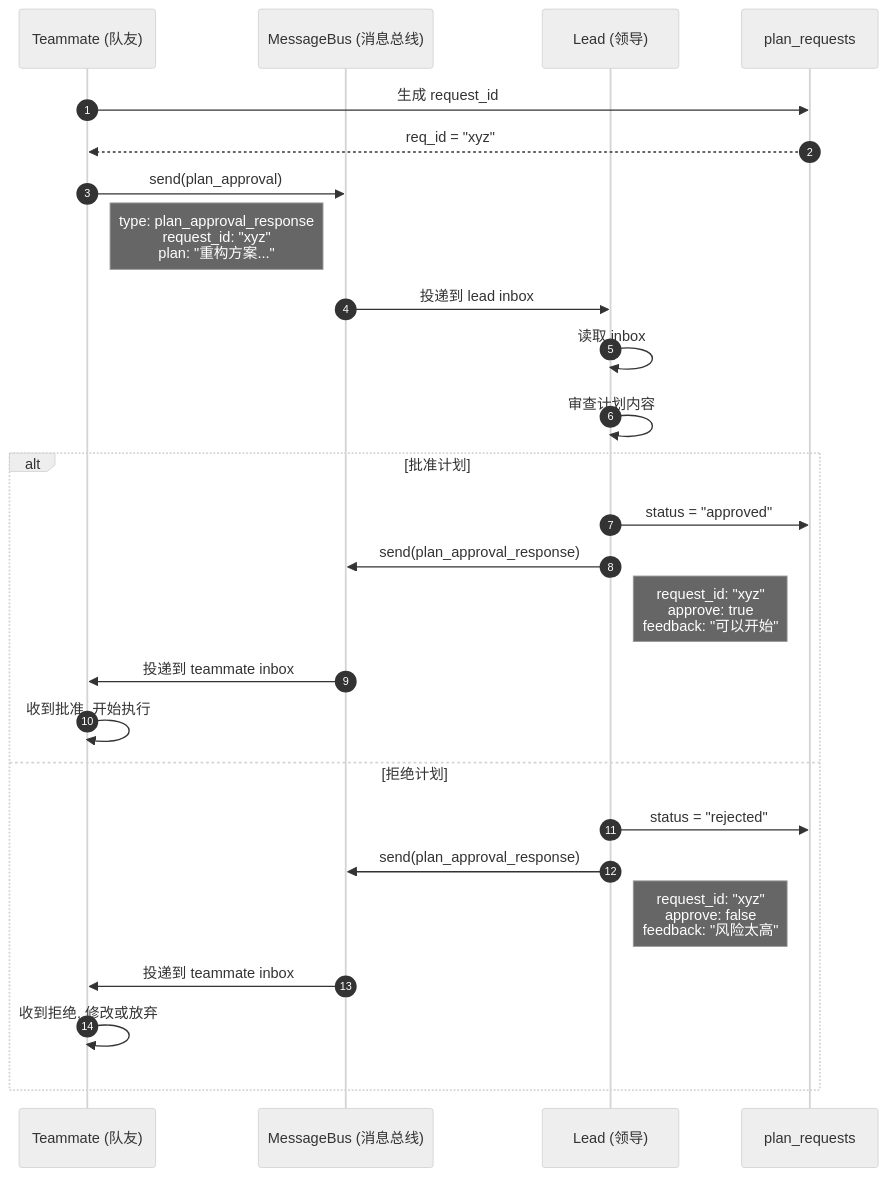
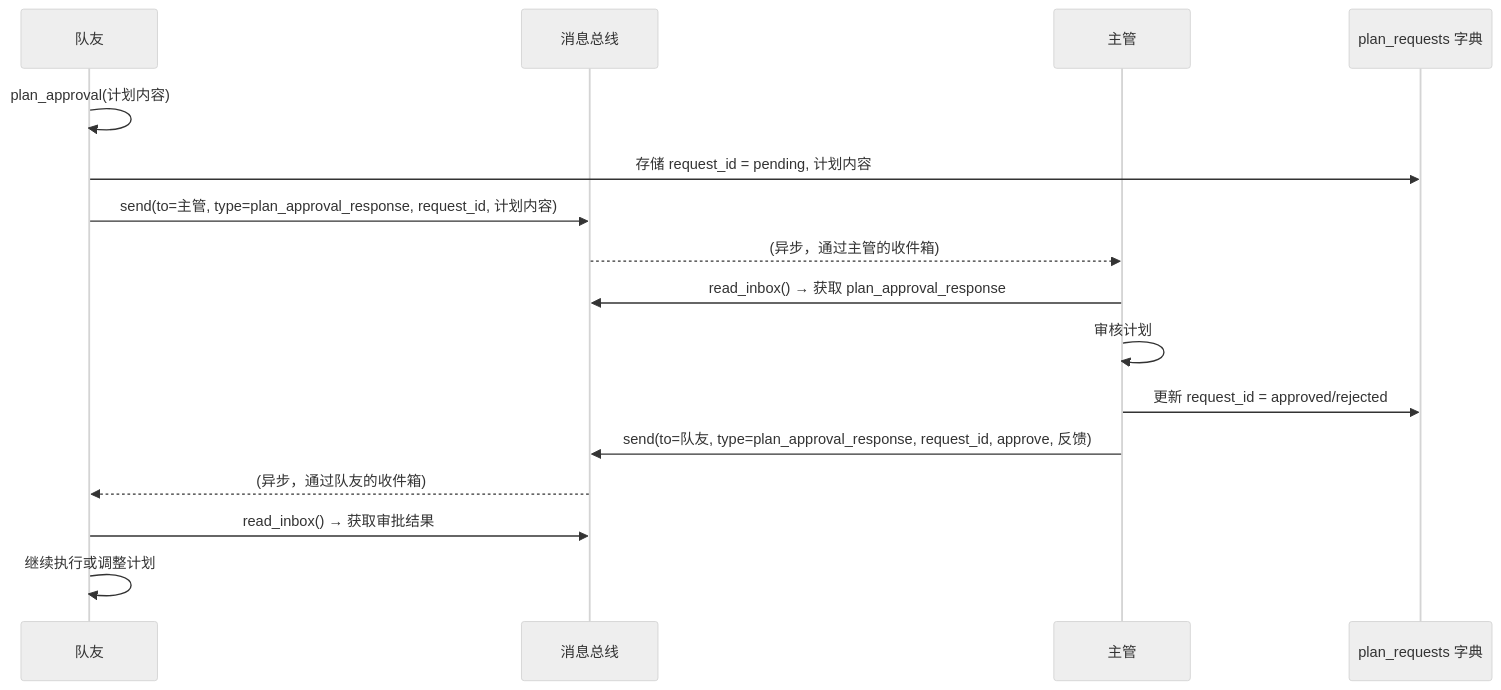
The second of 3 diagrams in docs/zh/s10-team-protocols.md (dusx1981/learn-claude-code), drawn with Mermaid (neutral theme) before and after one commit. The commit also changed other lines of this file, not shown here.

Commit message:
更新流程图

````diff
--- a/docs/zh/s10-team-protocols.md
+++ b/docs/zh/s10-team-protocols.md
@@ -82,30 +72,21 @@
 ```mermaid
 sequenceDiagram
-    autonumber
-    participant Teammate as Teammate (队友)
-    participant Bus as MessageBus (消息总线)
-    participant Lead as Lead (领导)
-    participant Tracker as plan_requests
+    participant 队友
+    participant 消息总线
+    participant 主管
+    participant 追踪器 as plan_requests 字典
 
-    Teammate->>Tracker: 生成 request_id
-    Tracker-->>Teammate: req_id = "xyz"
-    Teammate->>Bus: send(plan_approval)
-    Note right of Teammate: type: plan_approval_response<br/>request_id: "xyz"<br/>plan: "重构方案..."
-    Bus->>Lead: 投递到 lead inbox
-    Lead->>Lead: 读取 inbox
-    Lead->>Lead: 审查计划内容
-    
-    alt 批准计划
-        Lead->>Tracker: status = "approved"
-        Lead->>Bus: send(plan_approval_response)
-        Note right of Lead: request_id: "xyz"<br/>approve: true<br/>feedback: "可以开始"
-        Bus->>Teammate: 投递到 teammate inbox
-        Teammate->>Teammate: 收到批准, 开始执行
-    else 拒绝计划
-        Lead->>Tracker: status = "rejected"
-        Lead->>Bus: send(plan_approval_response)
-        Note right of Lead: request_id: "xyz"<br/>approve: false<br/>feedback: "风险太高"
-        Bus->>Teammate: 投递到 teammate inbox
-        Teammate->>Teammate: 收到拒绝, 修改或放弃
-    end
+    队友->>队友: plan_approval(计划内容)
+    队友->>追踪器: 存储 request_id = pending, 计划内容
+    队友->>消息总线: send(to=主管, type=plan_approval_response, request_id, 计划内容)
+    消息总线-->>主管: (异步，通过主管的收件箱)
+
+    主管->>消息总线: read_inbox() → 获取 plan_approval_response
+    主管->>主管: 审核计划
+    主管->>追踪器: 更新 request_id = approved/rejected
+    主管->>消息总线: send(to=队友, type=plan_approval_response, request_id, approve, 反馈)
+    消息总线-->>队友: (异步，通过队友的收件箱)
+
+    队友->>消息总线: read_inbox() → 获取审批结果
+    队友->>队友: 继续执行或调整计划
 ```
````
